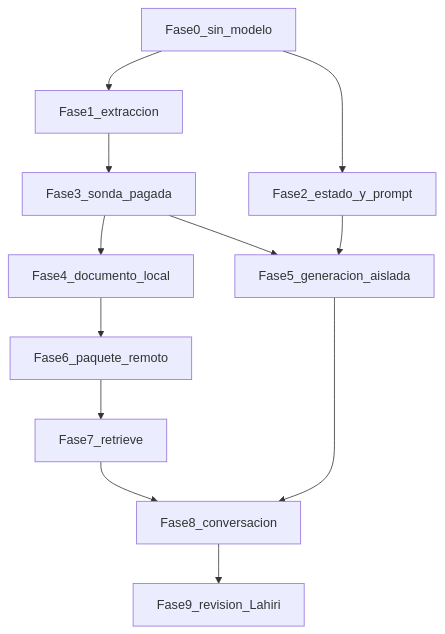
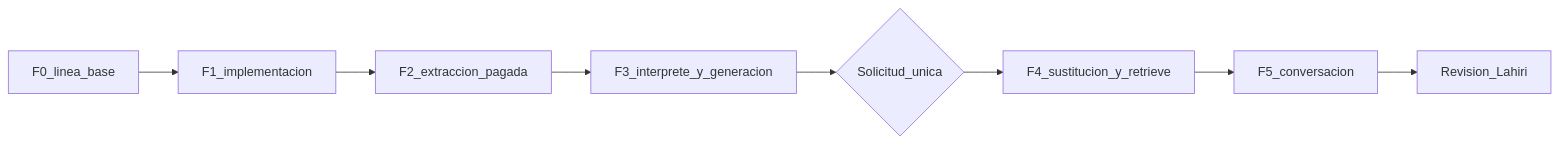
The diagram in docs/field_companion/PLAN_CORRECCION_VF5_COMPANION.md (danebo-labs/smart_deal), drawn with Mermaid before and after one commit. The commit also changed other lines of this file, not shown here.

````diff
--- a/docs/field_companion/PLAN_CORRECCION_VF5_COMPANION.md
+++ b/docs/field_companion/PLAN_CORRECCION_VF5_COMPANION.md
@@ -107,24 +201,10 @@
 ```mermaid
-flowchart TD
-  fase0[Fase0_sin_modelo]
-  fase1[Fase1_extraccion]
-  fase2[Fase2_estado_y_prompt]
-  fase3[Fase3_sonda_pagada]
-  fase4[Fase4_documento_local]
-  fase5[Fase5_generacion_aislada]
-  fase6[Fase6_paquete_remoto]
-  fase7[Fase7_retrieve]
-  fase8[Fase8_conversacion]
-  fase9[Fase9_revision_Lahiri]
-  fase0 --> fase1
-  fase0 --> fase2
-  fase1 --> fase3
-  fase3 --> fase4
-  fase3 --> fase5
-  fase2 --> fase5
-  fase4 --> fase6
-  fase6 --> fase7
-  fase5 --> fase8
-  fase7 --> fase8
-  fase8 --> fase9
+flowchart LR
+  f0[F0_linea_base] --> f1[F1_implementacion]
+  f1 --> f2[F2_extraccion_pagada]
+  f2 --> f3[F3_interprete_y_generacion]
+  f3 --> auth{Solicitud_unica}
+  auth --> f4[F4_sustitucion_y_retrieve]
+  f4 --> f5[F5_conversacion]
+  f5 --> rev[Revision_Lahiri]
 ```
````
